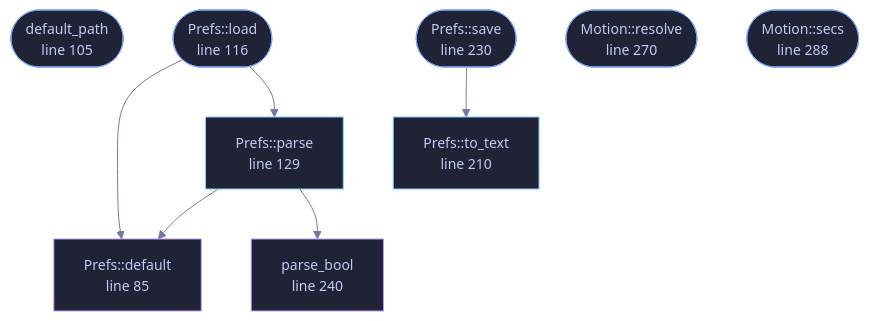
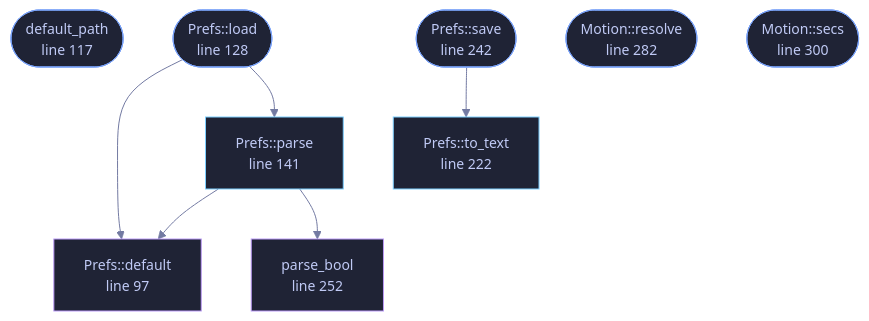
One commit to tilas01/veilvoice changed the diagram in wiki/File-veilvoice-gui-prefs.md. Above: the diagram before and after it, drawn with Mermaid. The commit also changed other lines of this file and 487 other files, not shown here.

````diff
--- a/wiki/File-veilvoice-gui-prefs.md
+++ b/wiki/File-veilvoice-gui-prefs.md
@@ -81,33 +94,33 @@
 ```mermaid
 %%{init: {"theme":"base","themeVariables":{"background":"#1a1b26","primaryColor":"#1f2335","primaryTextColor":"#c0caf5","primaryBorderColor":"#7aa2f7","secondaryColor":"#16161e","tertiaryColor":"#16161e","lineColor":"#737aa2","textColor":"#c0caf5","mainBkg":"#1f2335","nodeBorder":"#7aa2f7","clusterBkg":"#16161e","clusterBorder":"#2f3549","fontFamily":"ui-monospace, SFMono-Regular, Consolas, monospace","fontSize":"14px"}}}%%
 flowchart TD
-    n_default["Prefs::default<br/>line 85"]
-    n_default_path(["default_path<br/>line 105"])
-    n_load(["Prefs::load<br/>line 116"])
-    n_parse["Prefs::parse<br/>line 129"]
-    n_to_text["Prefs::to_text<br/>line 210"]
-    n_save(["Prefs::save<br/>line 230"])
-    n_parse_bool["parse_bool<br/>line 240"]
-    n_resolve(["Motion::resolve<br/>line 270"])
-    n_secs(["Motion::secs<br/>line 288"])
+    n_default["Prefs::default<br/>line 97"]
+    n_default_path(["default_path<br/>line 117"])
+    n_load(["Prefs::load<br/>line 128"])
+    n_parse["Prefs::parse<br/>line 141"]
+    n_to_text["Prefs::to_text<br/>line 222"]
+    n_save(["Prefs::save<br/>line 242"])
+    n_parse_bool["parse_bool<br/>line 252"]
+    n_resolve(["Motion::resolve<br/>line 282"])
+    n_secs(["Motion::secs<br/>line 300"])
     n_load --> n_default
     n_load --> n_parse
     n_parse --> n_default
     n_parse --> n_parse_bool
     n_save --> n_to_text
-    click n_default href "https://github.com/tilas01/veilvoice/blob/main/crates/veilvoice-gui/src/prefs.rs#L85" "open the source"
-    click n_default_path href "https://github.com/tilas01/veilvoice/blob/main/crates/veilvoice-gui/src/prefs.rs#L105" "open the source"
-    click n_load href "https://github.com/tilas01/veilvoice/blob/main/crates/veilvoice-gui/src/prefs.rs#L116" "open the source"
-    click n_parse href "https://github.com/tilas01/veilvoice/blob/main/crates/veilvoice-gui/src/prefs.rs#L129" "open the source"
-    click n_to_text href "https://github.com/tilas01/veilvoice/blob/main/crates/veilvoice-gui/src/prefs.rs#L210" "open the source"
-    click n_save href "https://github.com/tilas01/veilvoice/blob/main/crates/veilvoice-gui/src/prefs.rs#L230" "open the source"
-    click n_parse_bool href "https://github.com/tilas01/veilvoice/blob/main/crates/veilvoice-gui/src/prefs.rs#L240" "open the source"
-    click n_resolve href "https://github.com/tilas01/veilvoice/blob/main/crates/veilvoice-gui/src/prefs.rs#L270" "open the source"
-    click n_secs href "https://github.com/tilas01/veilvoice/blob/main/crates/veilvoice-gui/src/prefs.rs#L288" "open the source"
+    click n_default href "https://github.com/tilas01/veilvoice/blob/main/crates/veilvoice-gui/src/prefs.rs#L97" "open the source"
+    click n_default_path href "https://github.com/tilas01/veilvoice/blob/main/crates/veilvoice-gui/src/prefs.rs#L117" "open the source"
+    click n_load href "https://github.com/tilas01/veilvoice/blob/main/crates/veilvoice-gui/src/prefs.rs#L128" "open the source"
+    click n_parse href "https://github.com/tilas01/veilvoice/blob/main/crates/veilvoice-gui/src/prefs.rs#L141" "open the source"
+    click n_to_text href "https://github.com/tilas01/veilvoice/blob/main/crates/veilvoice-gui/src/prefs.rs#L222" "open the source"
+    click n_save href "https://github.com/tilas01/veilvoice/blob/main/crates/veilvoice-gui/src/prefs.rs#L242" "open the source"
+    click n_parse_bool href "https://github.com/tilas01/veilvoice/blob/main/crates/veilvoice-gui/src/prefs.rs#L252" "open the source"
+    click n_resolve href "https://github.com/tilas01/veilvoice/blob/main/crates/veilvoice-gui/src/prefs.rs#L282" "open the source"
+    click n_secs href "https://github.com/tilas01/veilvoice/blob/main/crates/veilvoice-gui/src/prefs.rs#L300" "open the source"
     classDef entry fill:#1f2335,stroke:#7aa2f7,color:#c0caf5
     class n_default_path,n_load,n_save,n_resolve,n_secs entry
     classDef api fill:#1f2335,stroke:#7dcfff,color:#c0caf5
     class n_parse,n_to_text api
     classDef helper fill:#1f2335,stroke:#bb9af7,color:#c0caf5
     class n_default,n_parse_bool helper
 ```
````
